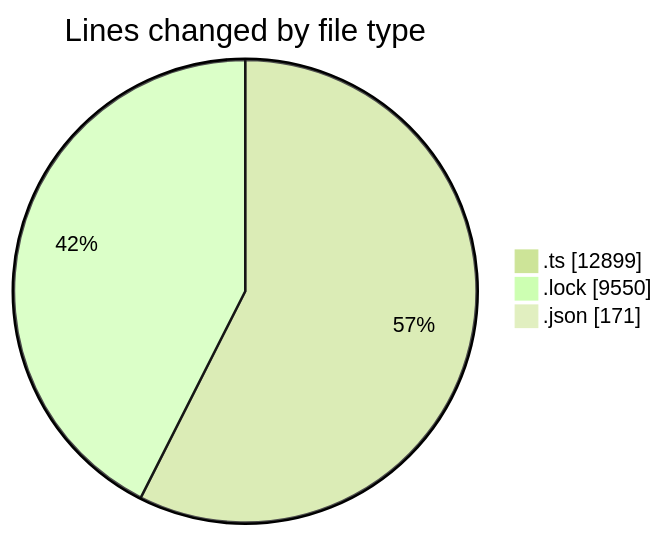
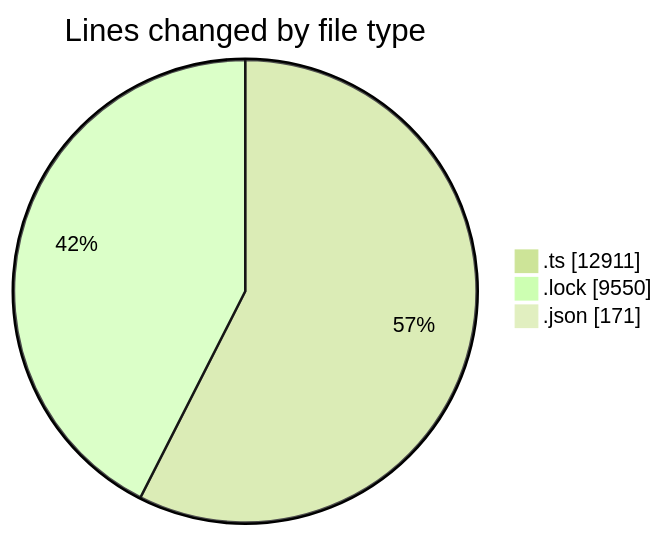
Before and after one commit to momahboobian/code-tracking: the first of 2 diagrams in 2025-10-30/cda/README.md, drawn with Mermaid (forest theme). The commit also changed other lines of this file and 1 other file, not shown here.

````diff
--- a/2025-10-30/cda/README.md
+++ b/2025-10-30/cda/README.md
@@ -28,7 +28,7 @@
 ```mermaid
 pie showData
 title Lines changed by file type
-".ts" : 12899
+".ts" : 12911
 ".lock" : 9550
 ".json" : 171
 ```
````
